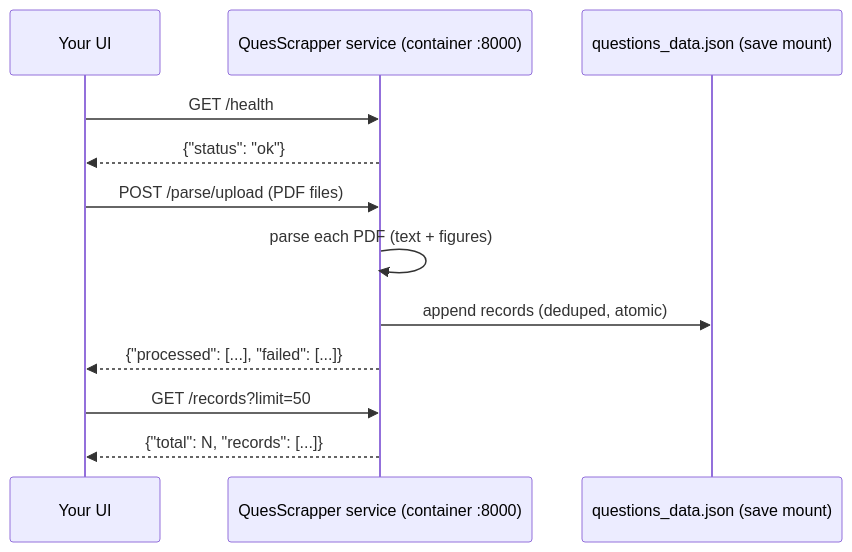
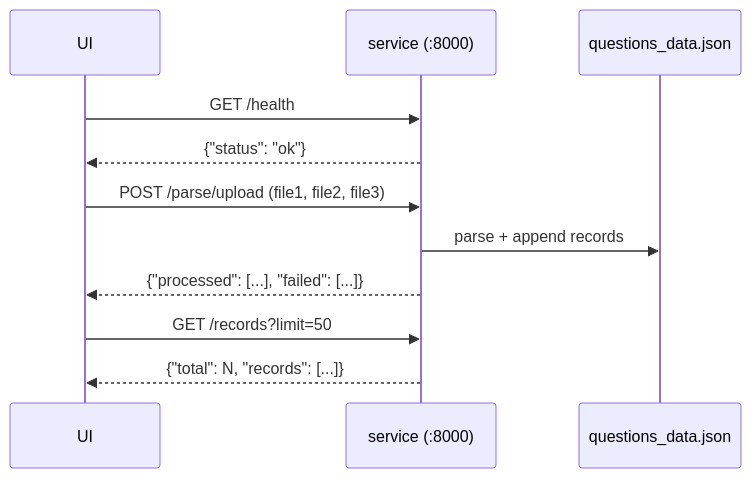
Before and after one commit to bibhusharma1/QuesScrapper: the second of 2 diagrams in DOCS.md, drawn with Mermaid. The commit also changed other lines of this file and 3 other files, not shown here.

First line of the commit message:
Simplify docs: minimal words, easy language, clean mermaid figures

````diff
--- a/DOCS.md
+++ b/DOCS.md
@@ -202,17 +108,14 @@
 ```mermaid
 sequenceDiagram
-    participant UI as Your UI
-    participant S as QuesScrapper service (container :8000)
-    participant J as questions_data.json (save mount)
+    participant UI
+    participant S as service (:8000)
+    participant J as questions_data.json
 
     UI->>S: GET /health
     S-->>UI: {"status": "ok"}
-
-    UI->>S: POST /parse/upload (PDF files)
-    S->>S: parse each PDF (text + figures)
-    S->>J: append records (deduped, atomic)
+    UI->>S: POST /parse/upload  (file1, file2, file3)
+    S->>J: parse + append records
     S-->>UI: {"processed": [...], "failed": [...]}
-
     UI->>S: GET /records?limit=50
     S-->>UI: {"total": N, "records": [...]}
 ```
````
